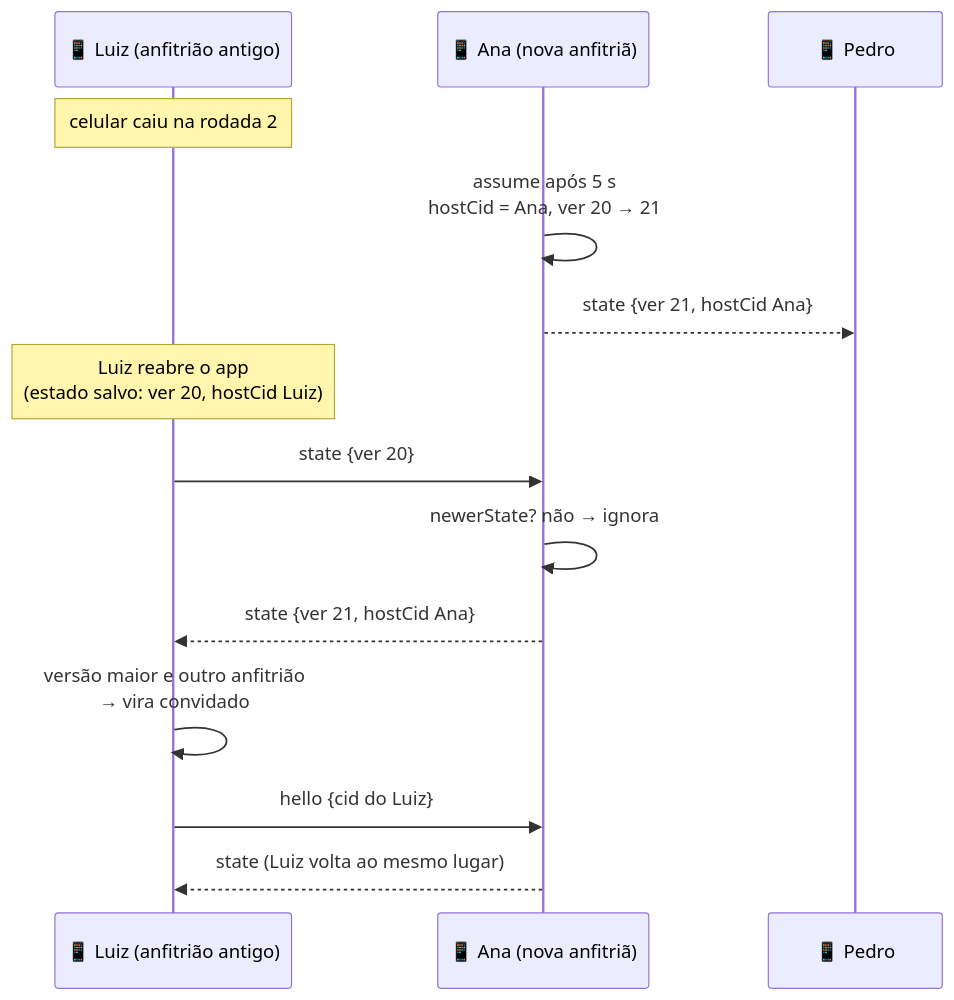
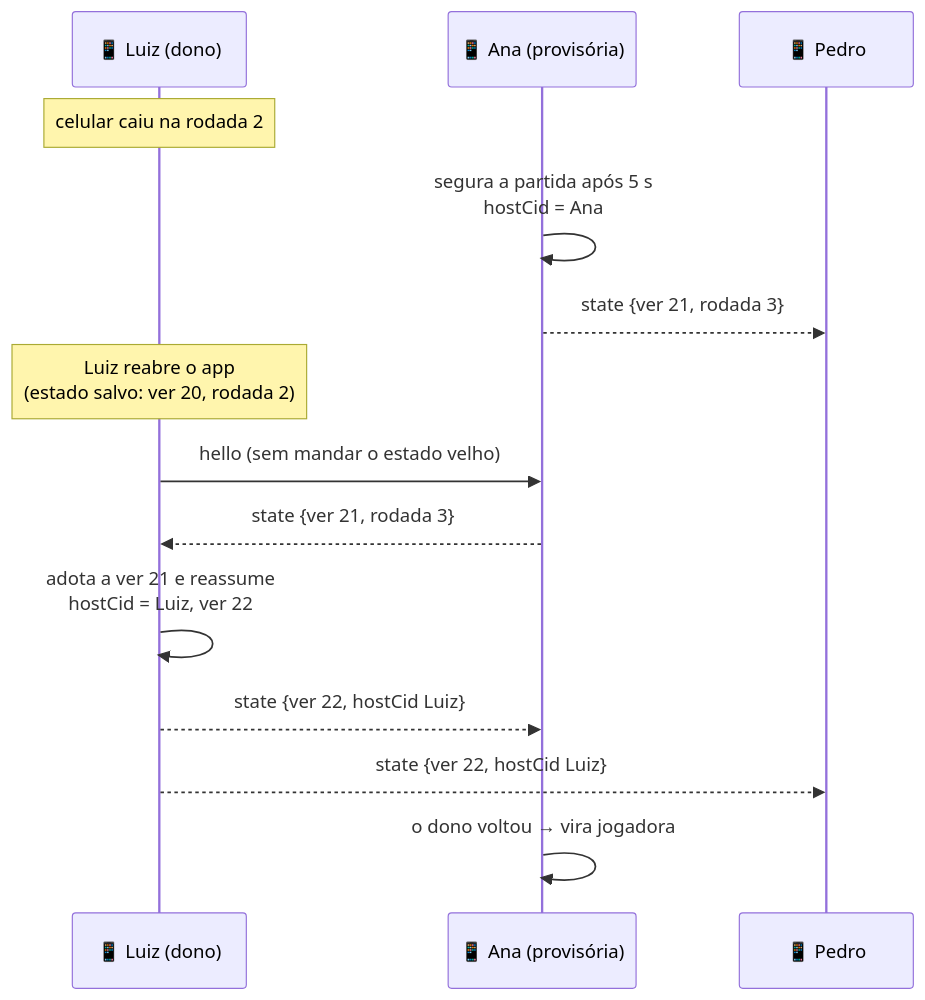
Diagram 12 of 14 in docs/p2p.md (sschonss/ito), drawn with Mermaid before and after one commit. The commit also changed other lines of this file and 8 other files, not shown here.

First line of the commit message:
Anfitrião como única verdade, conferência de sincronia e fim do modo sem conexão

````diff
--- a/docs/p2p.md
+++ b/docs/p2p.md
@@ -300,16 +330,16 @@
 ```mermaid
 sequenceDiagram
-  participant L as 📱 Luiz (anfitrião antigo)
-  participant A as 📱 Ana (nova anfitriã)
+  participant L as 📱 Luiz (dono)
+  participant A as 📱 Ana (provisória)
   participant P as 📱 Pedro
   Note over L: celular caiu na rodada 2
-  A->>A: assume após 5 s<br/>hostCid = Ana, ver 20 → 21
-  A-->>P: state {ver 21, hostCid Ana}
-  Note over L: Luiz reabre o app<br/>(estado salvo: ver 20, hostCid Luiz)
-  L->>A: state {ver 20}
-  A->>A: newerState? não → ignora
-  A-->>L: state {ver 21, hostCid Ana}
-  L->>L: versão maior e outro anfitrião<br/>→ vira convidado
-  L->>A: hello {cid do Luiz}
-  A-->>L: state (Luiz volta ao mesmo lugar)
+  A->>A: segura a partida após 5 s<br/>hostCid = Ana
+  A-->>P: state {ver 21, rodada 3}
+  Note over L: Luiz reabre o app<br/>(estado salvo: ver 20, rodada 2)
+  L->>A: hello (sem mandar o estado velho)
+  A-->>L: state {ver 21, rodada 3}
+  L->>L: adota a ver 21 e reassume<br/>hostCid = Luiz, ver 22
+  L-->>A: state {ver 22, hostCid Luiz}
+  L-->>P: state {ver 22, hostCid Luiz}
+  A->>A: o dono voltou → vira jogadora
 ```
````
